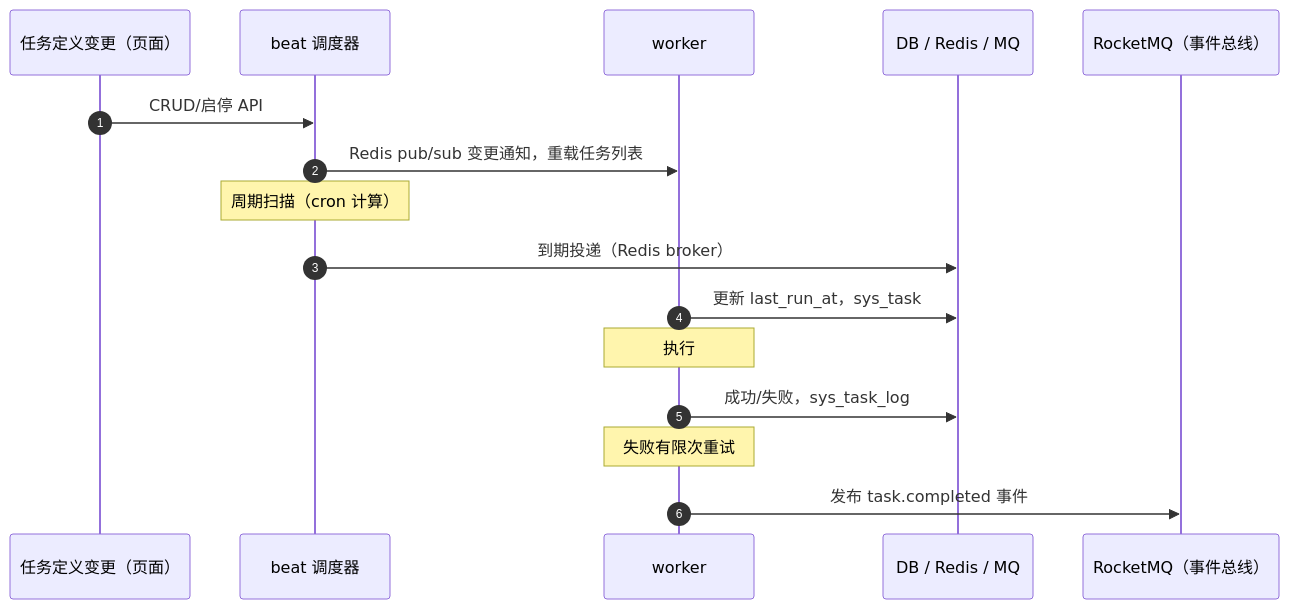
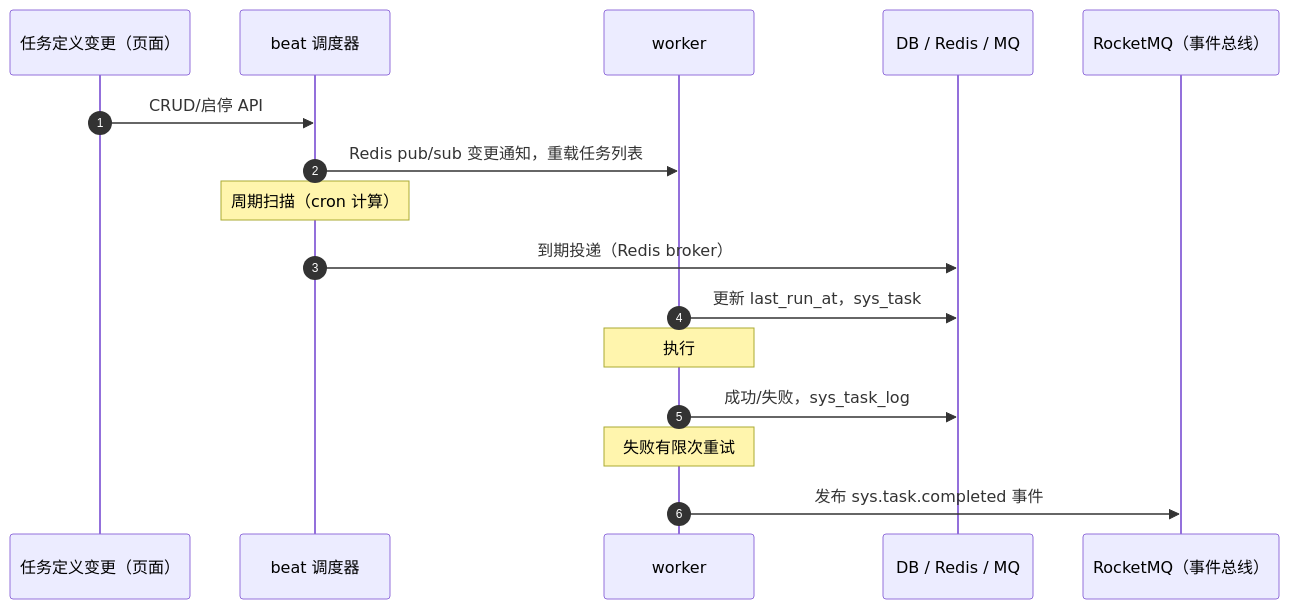
The diagram in bms文档/设计/概要设计/23_概要设计_任务调度.md (minjian123/basic-management-system), drawn with Mermaid before and after one commit. The commit also changed other lines of this file and 28 other files, not shown here.

````diff
--- a/bms文档/设计/概要设计/23_概要设计_任务调度.md
+++ b/bms文档/设计/概要设计/23_概要设计_任务调度.md
@@ -49,19 +49,19 @@
 ```mermaid
 sequenceDiagram
     autonumber
     participant 页面 as 任务定义变更（页面）
     participant beat as beat 调度器
     participant worker
     participant 存储 as DB / Redis / MQ
     participant RocketMQ as RocketMQ（事件总线）
 
     页面->>beat: CRUD/启停 API
     beat->>worker: Redis pub/sub 变更通知，重载任务列表
     Note over beat: 周期扫描（cron 计算）
     beat->>存储: 到期投递（Redis broker）
     worker->>存储: 更新 last_run_at，sys_task
     Note over worker: 执行
     worker->>存储: 成功/失败，sys_task_log
     Note over worker: 失败有限次重试
-    worker->>RocketMQ: 发布 task.completed 事件
+    worker->>RocketMQ: 发布 sys.task.completed 事件
 ```
````
